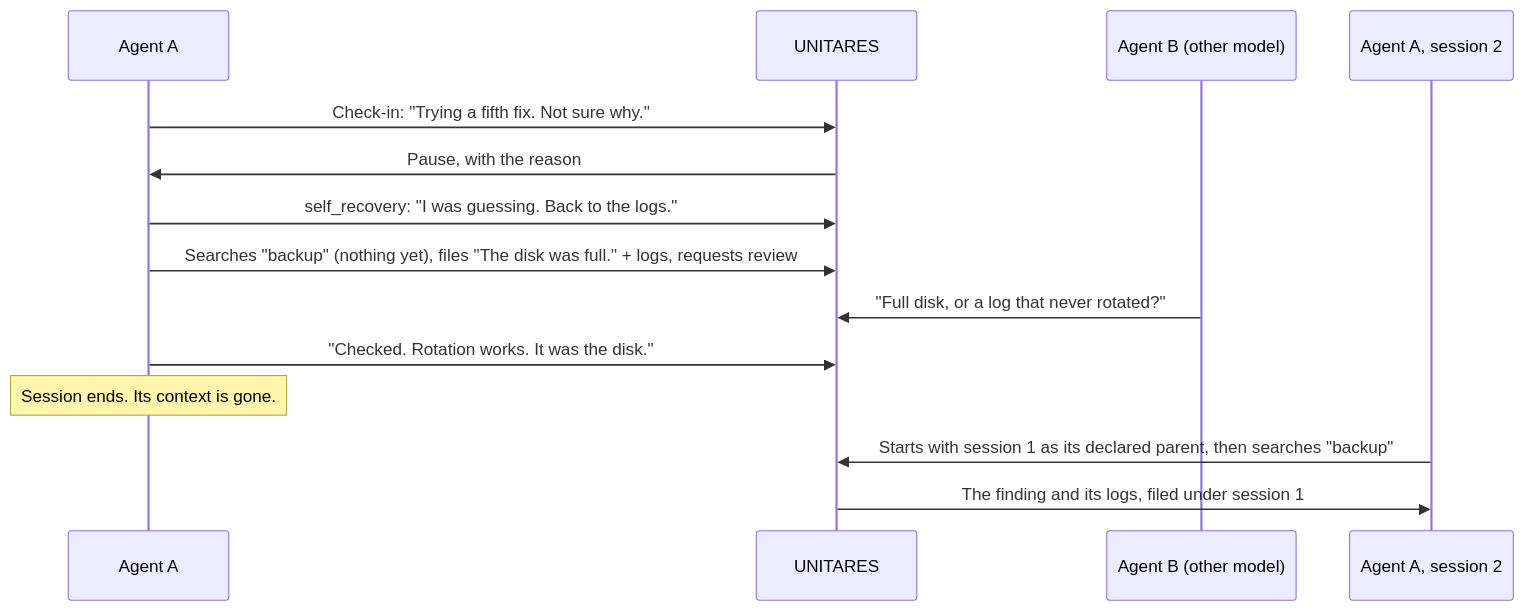
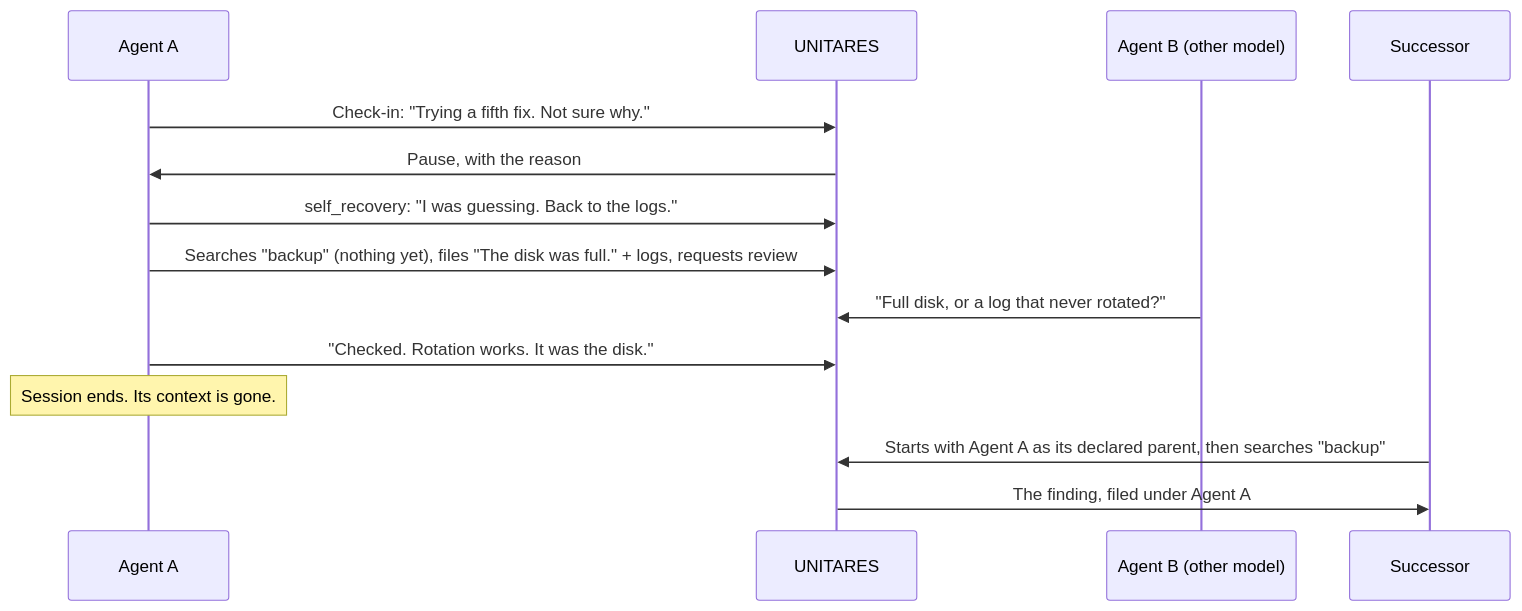
Before and after one commit to cirwel/unitares: the diagram in README.md, drawn with Mermaid.

Commit message:
docs(readme): the successor is its own identity; search returns the finding
A restarted process mints a new identity and declares Agent A as its parent,
so it is labelled Successor rather than a second session of A. The default
search returns the finding and its attribution, so the reply no longer
promises the attached logs.

````diff
--- a/README.md
+++ b/README.md
@@ -29,16 +29,16 @@
 ```mermaid
 sequenceDiagram
     participant A as Agent A
     participant U as UNITARES
     participant B as Agent B (other model)
-    participant A2 as Agent A, session 2
+    participant S as Successor
     A->>U: Check-in: "Trying a fifth fix. Not sure why."
     U->>A: Pause, with the reason
     A->>U: self_recovery: "I was guessing. Back to the logs."
     A->>U: Searches "backup" (nothing yet), files "The disk was full." + logs, requests review
     B->>U: "Full disk, or a log that never rotated?"
     A->>U: "Checked. Rotation works. It was the disk."
     Note over A: Session ends. Its context is gone.
-    A2->>U: Starts with session 1 as its declared parent, then searches "backup"
-    U->>A2: The finding and its logs, filed under session 1
+    S->>U: Starts with Agent A as its declared parent, then searches "backup"
+    U->>S: The finding, filed under Agent A
 ```
````
